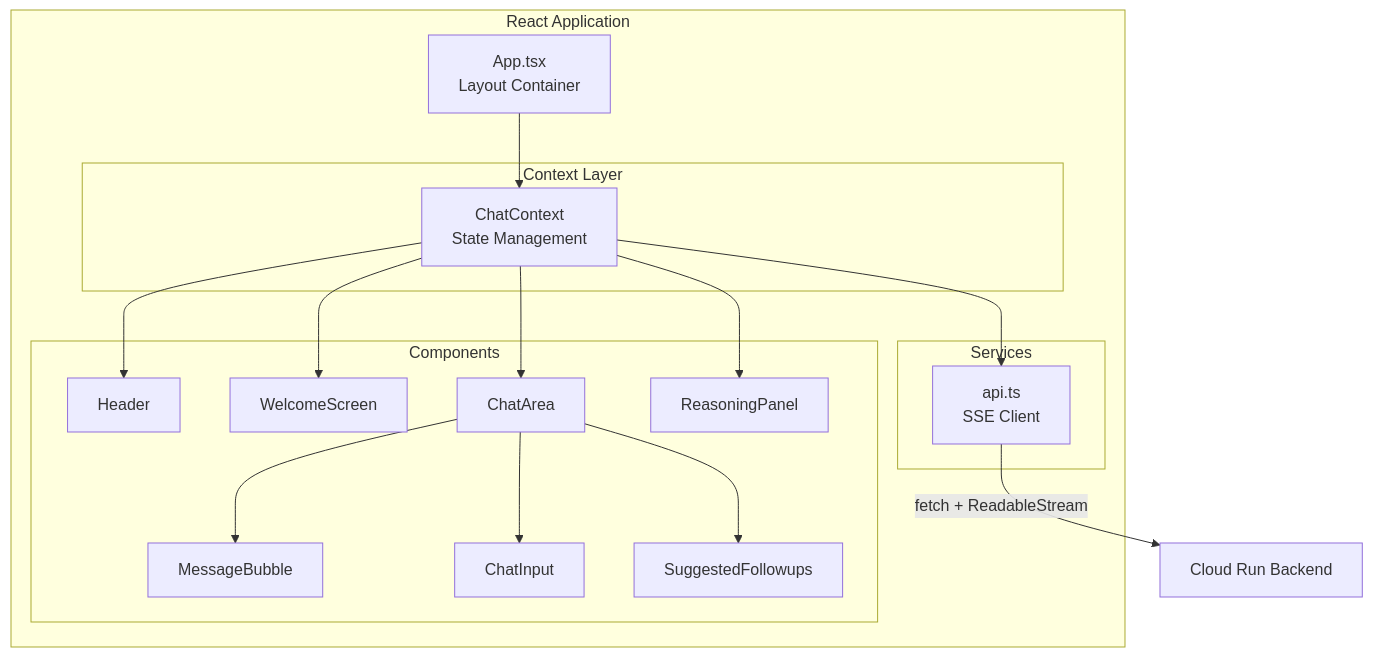
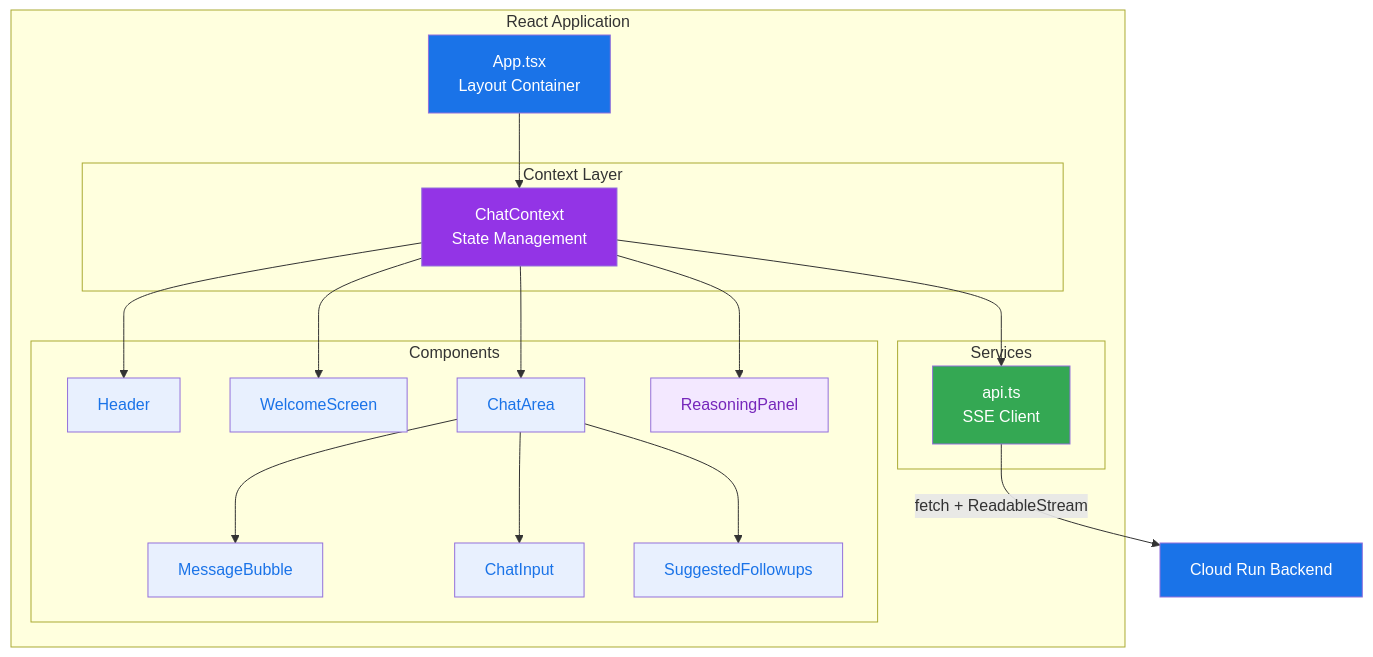
One commit to gadekar-pravin/InsightAgent changed the seventh of 23 diagrams in ARCHITECTURE.md. Above: the diagram before and after it, drawn with Mermaid. The commit also changed other lines of this file, not shown here.

First line of the commit message:
Implement consistent color theme for all Mermaid diagrams

````diff
--- a/ARCHITECTURE.md
+++ b/ARCHITECTURE.md
@@ -264,30 +313,42 @@
 ```mermaid
 flowchart TB
     subgraph "React Application"
         APP[App.tsx<br/>Layout Container]
 
         subgraph "Context Layer"
             CTX[ChatContext<br/>State Management]
         end
 
         subgraph "Components"
             HEADER[Header]
             WELCOME[WelcomeScreen]
             CHAT[ChatArea]
             MSG[MessageBubble]
             INPUT[ChatInput]
             REASON[ReasoningPanel]
             FOLLOWUP[SuggestedFollowups]
         end
 
         subgraph "Services"
             API[api.ts<br/>SSE Client]
         end
     end
 
     APP --> CTX
     CTX --> HEADER & WELCOME & CHAT & REASON
     CHAT --> MSG & INPUT & FOLLOWUP
     CTX --> API
     API -->|fetch + ReadableStream| BACKEND[Cloud Run Backend]
+
+    style APP fill:#1A73E8,color:#fff
+    style CTX fill:#9334E6,color:#fff
+    style HEADER fill:#E8F0FE,color:#1A73E8
+    style WELCOME fill:#E8F0FE,color:#1A73E8
+    style CHAT fill:#E8F0FE,color:#1A73E8
+    style MSG fill:#E8F0FE,color:#1A73E8
+    style INPUT fill:#E8F0FE,color:#1A73E8
+    style REASON fill:#F3E8FF,color:#7627BB
+    style FOLLOWUP fill:#E8F0FE,color:#1A73E8
+    style API fill:#34A853,color:#fff
+    style BACKEND fill:#1A73E8,color:#fff
 ```
````
